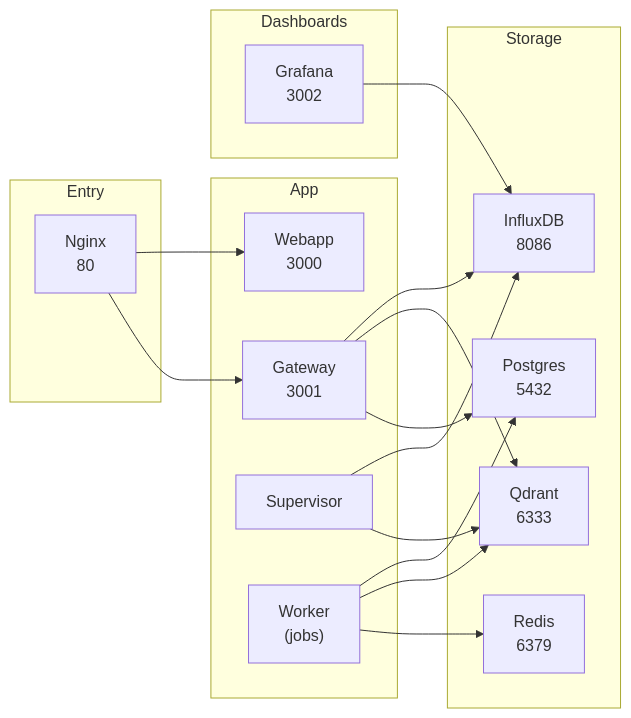
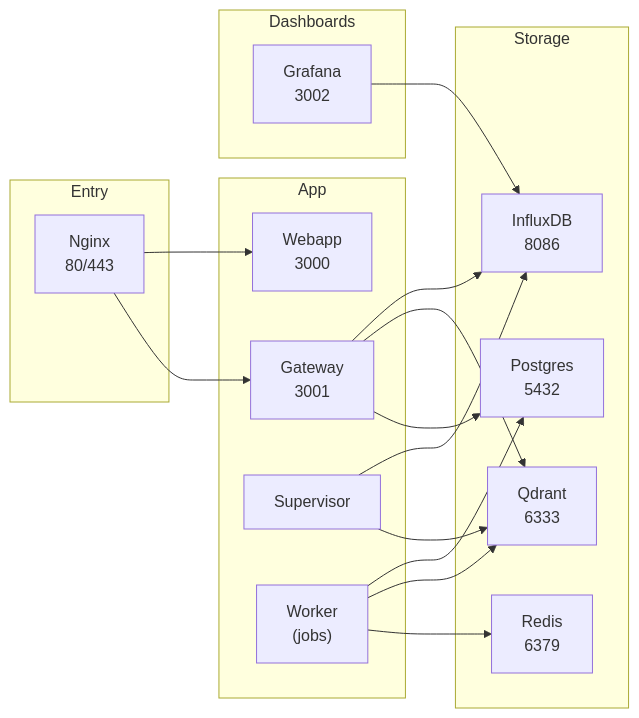
The second of 2 diagrams in docs/INFRAESTRUCTURA.md (gustavosinbandera/MCP-SERVER), drawn with Mermaid before and after one commit. The commit also changed other lines of this file and 19 other files, not shown here.

````diff
--- a/docs/INFRAESTRUCTURA.md
+++ b/docs/INFRAESTRUCTURA.md
@@ -69,36 +69,36 @@
 ```mermaid
 flowchart LR
     subgraph entrada["Entry"]
-        Nginx80["Nginx\n80"]
+        Nginx80["Nginx\n80/443"]
     end
 
     subgraph app["App"]
         GW["Gateway\n3001"]
         WA["Webapp\n3000"]
         SUP["Supervisor"]
         WK["Worker\n(jobs)"]
     end
 
     subgraph store["Storage"]
         PG["Postgres\n5432"]
         RD["Redis\n6379"]
         QD["Qdrant\n6333"]
         IF["InfluxDB\n8086"]
     end
 
     subgraph dash["Dashboards"]
         GF["Grafana\n3002"]
     end
 
     Nginx80 --> GW
     Nginx80 --> WA
     GW --> PG
     GW --> QD
     GW --> IF
     SUP --> QD
     SUP --> IF
     WK --> RD
     WK --> QD
     WK --> PG
     GF --> IF
 ```
````
